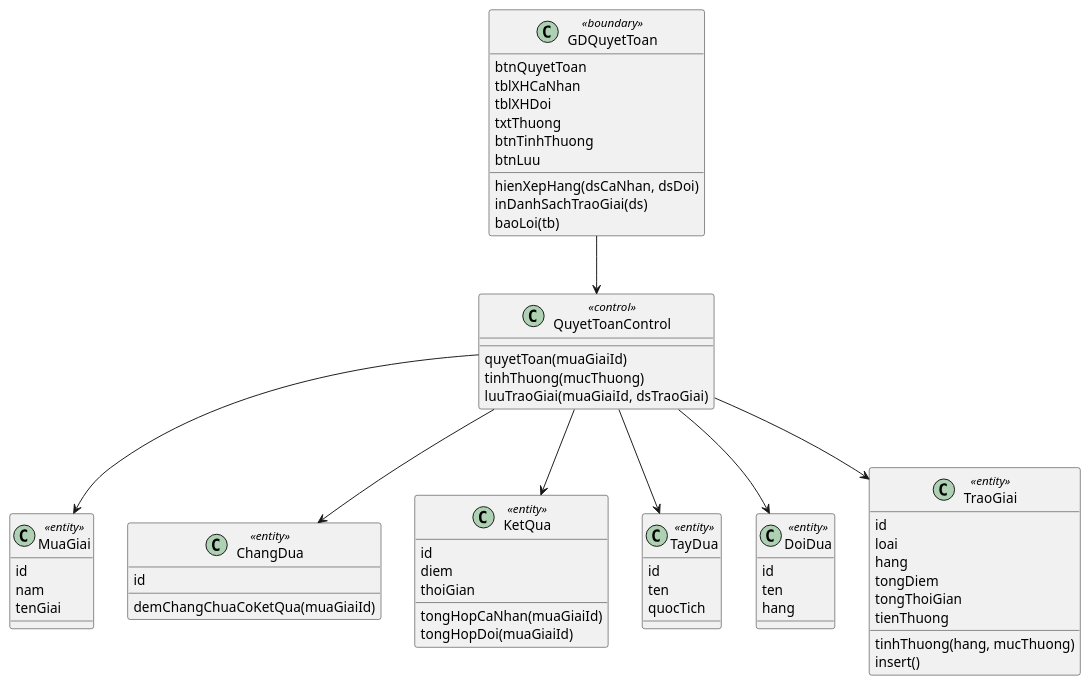
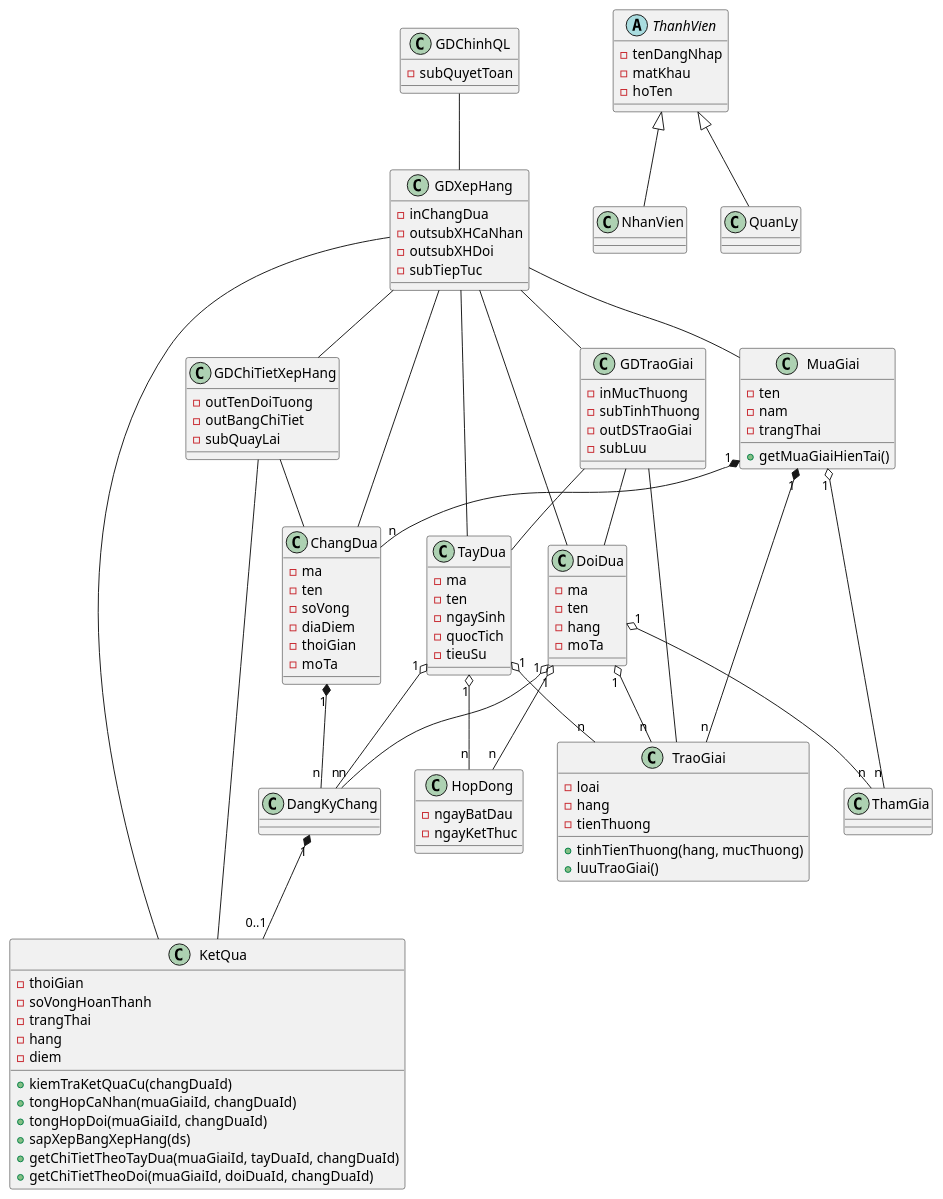
One commit to 7gho/CNPM-He2026 changed the third of 6 diagrams in Module 4 - Thanh/noi-dung.md. Above: the diagram before and after it, drawn with PlantUML. The commit also changed other lines of this file and 53 other files, not shown here.

First line of the commit message:
Chuan hoa toan bo tai lieu theo giao trinh va de bai goc

````diff
--- a/Module 4 - Thanh/noi-dung.md
+++ b/Module 4 - Thanh/noi-dung.md
@@ -84,63 +119,113 @@
 ```plantuml
 @startuml
-class GDQuyetToan <<boundary>> {
-  btnQuyetToan
-  tblXHCaNhan
-  tblXHDoi
-  txtThuong
-  btnTinhThuong
-  btnLuu
-  hienXepHang(dsCaNhan, dsDoi)
-  inDanhSachTraoGiai(ds)
-  baoLoi(tb)
+class GDChinhQL {
+  -subQuyetToan
 }
-class QuyetToanControl <<control>> {
-  quyetToan(muaGiaiId)
-  tinhThuong(mucThuong)
-  luuTraoGiai(muaGiaiId, dsTraoGiai)
+class GDXepHang {
+  -inChangDua
+  -outsubXHCaNhan
+  -outsubXHDoi
+  -subTiepTuc
 }
-class MuaGiai <<entity>> {
-  id
-  nam
-  tenGiai
+class GDChiTietXepHang {
+  -outTenDoiTuong
+  -outBangChiTiet
+  -subQuayLai
 }
-class ChangDua <<entity>> {
-  id
-  demChangChuaCoKetQua(muaGiaiId)
+class GDTraoGiai {
+  -inMucThuong
+  -subTinhThuong
+  -outDSTraoGiai
+  -subLuu
 }
-class KetQua <<entity>> {
-  id
-  diem
-  thoiGian
-  tongHopCaNhan(muaGiaiId)
-  tongHopDoi(muaGiaiId)
+class MuaGiai {
+  -ten
+  -nam
+  -trangThai
+  +getMuaGiaiHienTai()
 }
-class TayDua <<entity>> {
-  id
-  ten
-  quocTich
+class ChangDua {
+  -ma
+  -ten
+  -soVong
+  -diaDiem
+  -thoiGian
+  -moTa
 }
-class DoiDua <<entity>> {
-  id
-  ten
-  hang
+class DoiDua {
+  -ma
+  -ten
+  -hang
+  -moTa
 }
-class TraoGiai <<entity>> {
-  id
-  loai
-  hang
-  tongDiem
-  tongThoiGian
-  tienThuong
-  tinhThuong(hang, mucThuong)
-  insert()
+class TayDua {
+  -ma
+  -ten
+  -ngaySinh
+  -quocTich
+  -tieuSu
 }
-GDQuyetToan --> QuyetToanControl
-QuyetToanControl --> MuaGiai
-QuyetToanControl --> ChangDua
-QuyetToanControl --> KetQua
-QuyetToanControl --> TayDua
-QuyetToanControl --> DoiDua
-QuyetToanControl --> TraoGiai
+class ThamGia
+class HopDong {
+  -ngayBatDau
+  -ngayKetThuc
+}
+class DangKyChang
+class KetQua {
+  -thoiGian
+  -soVongHoanThanh
+  -trangThai
+  -hang
+  -diem
+  +kiemTraKetQuaCu(changDuaId)
+  +tongHopCaNhan(muaGiaiId, changDuaId)
+  +tongHopDoi(muaGiaiId, changDuaId)
+  +sapXepBangXepHang(ds)
+  +getChiTietTheoTayDua(muaGiaiId, tayDuaId, changDuaId)
+  +getChiTietTheoDoi(muaGiaiId, doiDuaId, changDuaId)
+}
+class TraoGiai {
+  -loai
+  -hang
+  -tienThuong
+  +tinhTienThuong(hang, mucThuong)
+  +luuTraoGiai()
+}
+abstract class ThanhVien {
+  -tenDangNhap
+  -matKhau
+  -hoTen
+}
+class NhanVien
+class QuanLy
+
+GDChinhQL -- GDXepHang
+GDXepHang -- GDChiTietXepHang
+GDXepHang -- GDTraoGiai
+GDXepHang -- MuaGiai
+GDXepHang -- ChangDua
+GDXepHang -- KetQua
+GDXepHang -- TayDua
+GDXepHang -- DoiDua
+GDChiTietXepHang -- KetQua
+GDChiTietXepHang -- ChangDua
+GDTraoGiai -- TraoGiai
+GDTraoGiai -- TayDua
+GDTraoGiai -- DoiDua
+
+MuaGiai "1" *-- "n" ChangDua
+MuaGiai "1" o-- "n" ThamGia
+DoiDua "1" o-- "n" ThamGia
+TayDua "1" o-- "n" HopDong
+DoiDua "1" o-- "n" HopDong
+ChangDua "1" *-- "n" DangKyChang
+TayDua "1" o-- "n" DangKyChang
+DoiDua "1" o-- "n" DangKyChang
+DangKyChang "1" *-- "0..1" KetQua
+MuaGiai "1" *-- "n" TraoGiai
+TayDua "1" o-- "n" TraoGiai
+DoiDua "1" o-- "n" TraoGiai
+ThanhVien <|-- NhanVien
+ThanhVien <|-- QuanLy
 @enduml
 ```
````
